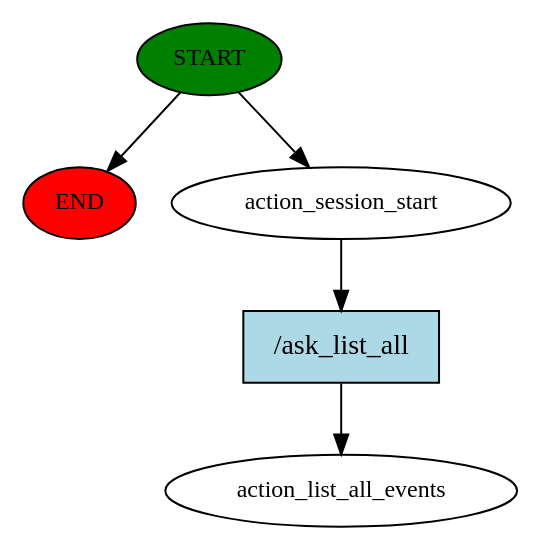
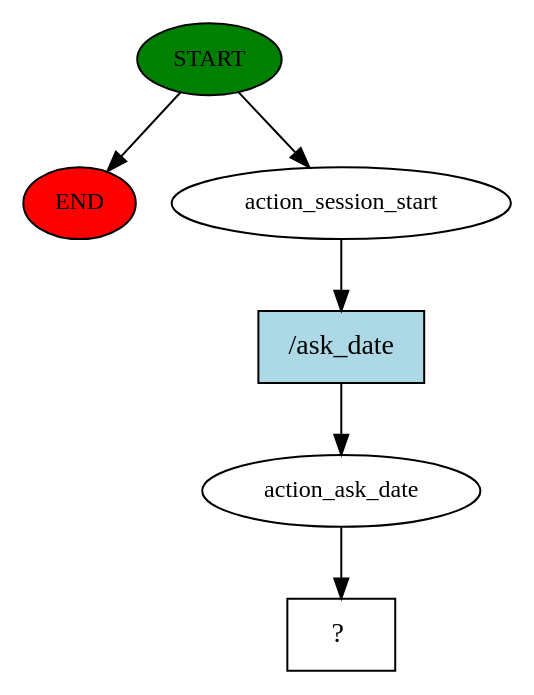
One commit to EhteshamBahoo/Tic8M8_Bot changed the diagram in story_graph.dot. Above: the diagram before and after it, drawn with Graphviz. The commit also changed 16 other files, not shown here.

```diff
--- a/story_graph.dot
+++ b/story_graph.dot
@@ -1,11 +1,13 @@
 digraph  {
 0 [class="start active", fillcolor=green, fontsize=12, label=START, style=filled];
 "-1" [class=end, fillcolor=red, fontsize=12, label=END, style=filled];
 1 [class=active, fontsize=12, label=action_session_start];
-2 [class="dashed active", fontsize=12, label=action_list_all_events];
-3 [class="intent active", fillcolor=lightblue, label="/ask_list_all", shape=rect, style=filled];
+2 [class=active, fontsize=12, label=action_ask_date];
+3 [class="intent dashed active", label="  ?  ", shape=rect];
+4 [class="intent active", fillcolor=lightblue, label="/ask_date", shape=rect, style=filled];
 0 -> "-1"  [class="", key=NONE, label=""];
 0 -> 1  [class=active, key=NONE, label=""];
-1 -> 3  [class=active, key=0];
-3 -> 2  [class=active, key=0];
+1 -> 4  [class=active, key=0];
+2 -> 3  [class=active, key=NONE, label=""];
+4 -> 2  [class=active, key=0];
 }
```
